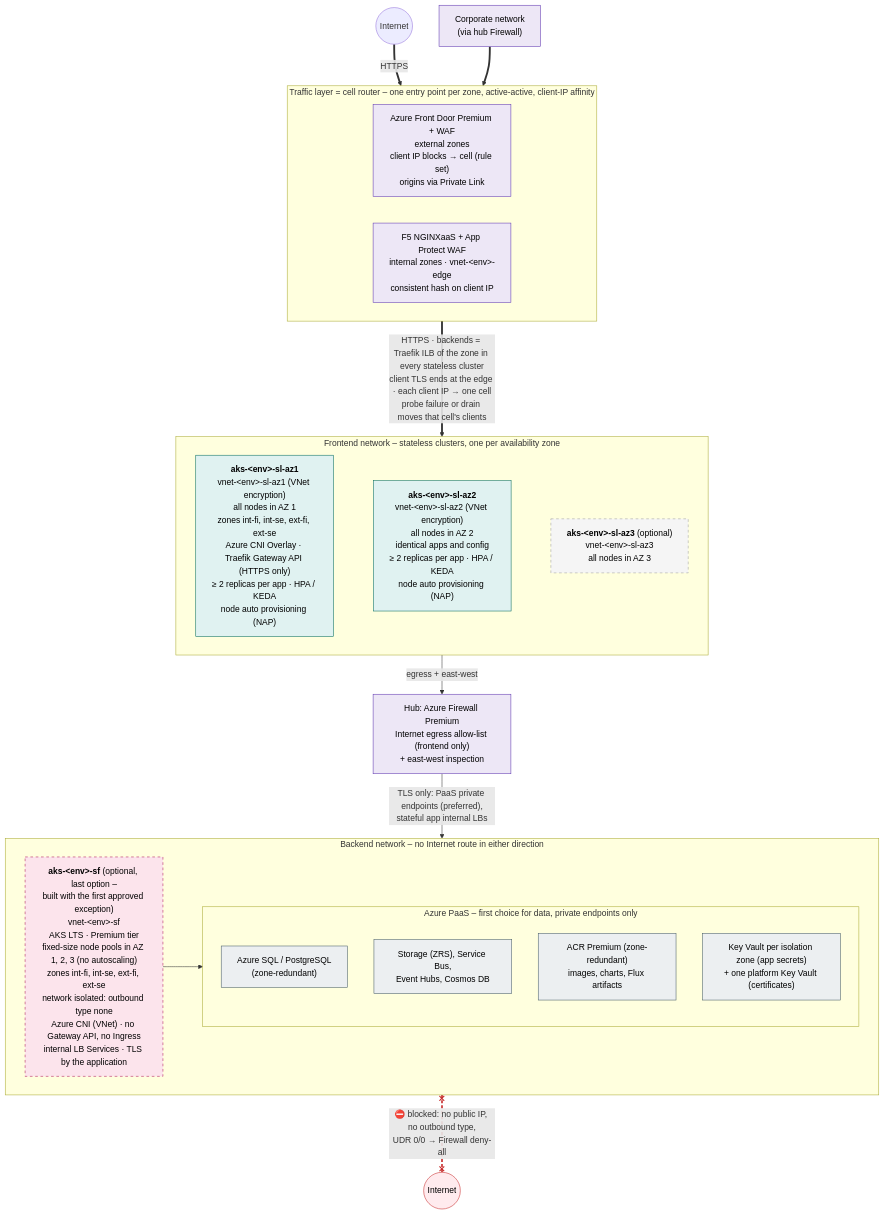
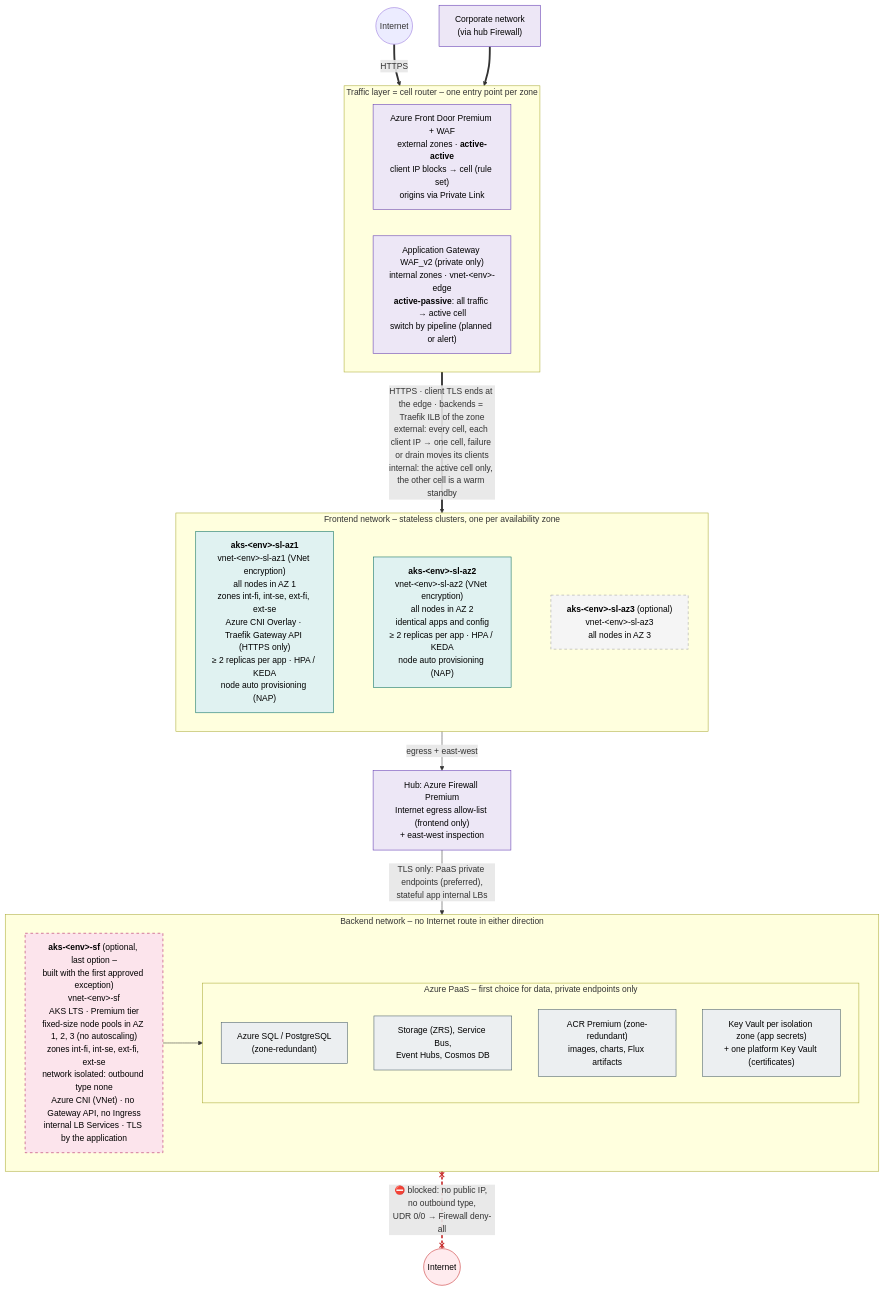
Before and after one commit to olljanat-ai/aks-design: the diagram in diagrams/08-cluster-topology.mmd, drawn with Mermaid. The commit also changed 18 other files, not shown here.

First line of the commit message:
Internal zones active-passive behind Application Gateway, remove NGINXaaS

```diff
--- a/diagrams/08-cluster-topology.mmd
+++ b/diagrams/08-cluster-topology.mmd
@@ -1,58 +1,58 @@
 %% Cluster topology of ONE environment (dev, acc and prd are identical): zonal stateless clusters in the
 %% frontend network, an optional zone-redundant stateful cluster in the backend network next to the Azure PaaS services.
 flowchart TB
     internet(("Internet"))
     corp["Corporate network<br/>(via hub Firewall)"]
 
-    subgraph EDGE["Traffic layer = cell router – one entry point per zone, active-active, client-IP affinity"]
+    subgraph EDGE["Traffic layer = cell router – one entry point per zone"]
         direction LR
-        waf["Azure Front Door Premium + WAF<br/>external zones<br/>client IP blocks → cell (rule set)<br/>origins via Private Link"]
-        agw_in["F5 NGINXaaS + App Protect WAF<br/>internal zones · vnet-&lt;env&gt;-edge<br/>consistent hash on client IP"]
+        waf["Azure Front Door Premium + WAF<br/>external zones · <b>active-active</b><br/>client IP blocks → cell (rule set)<br/>origins via Private Link"]
+        agw_in["Application Gateway WAF_v2 (private only)<br/>internal zones · vnet-&lt;env&gt;-edge<br/><b>active-passive</b>: all traffic → active cell<br/>switch by pipeline (planned or alert)"]
     end
 
     subgraph FRONT["Frontend network – stateless clusters, one per availability zone"]
         direction LR
         sl1["<b>aks-&lt;env&gt;-sl-az1</b><br/>vnet-&lt;env&gt;-sl-az1 (VNet encryption)<br/>all nodes in AZ 1<br/>zones int-fi, int-se, ext-fi, ext-se<br/>Azure CNI Overlay · Traefik Gateway API (HTTPS only)<br/>≥ 2 replicas per app · HPA / KEDA<br/>node auto provisioning (NAP)"]
         sl2["<b>aks-&lt;env&gt;-sl-az2</b><br/>vnet-&lt;env&gt;-sl-az2 (VNet encryption)<br/>all nodes in AZ 2<br/>identical apps and config<br/>≥ 2 replicas per app · HPA / KEDA<br/>node auto provisioning (NAP)"]
         sl3["<b>aks-&lt;env&gt;-sl-az3</b> (optional)<br/>vnet-&lt;env&gt;-sl-az3<br/>all nodes in AZ 3"]
         sl1 ~~~ sl2 ~~~ sl3
     end
 
     fw["Hub: Azure Firewall Premium<br/>Internet egress allow-list (frontend only)<br/>+ east-west inspection"]
 
     subgraph BACK["Backend network – no Internet route in either direction"]
         direction LR
         sf["<b>aks-&lt;env&gt;-sf</b> (optional, last option –<br/>built with the first approved exception)<br/>vnet-&lt;env&gt;-sf<br/>AKS LTS · Premium tier<br/>fixed-size node pools in AZ 1, 2, 3 (no autoscaling)<br/>zones int-fi, int-se, ext-fi, ext-se<br/>network isolated: outbound type none<br/>Azure CNI (VNet) · no Gateway API, no Ingress<br/>internal LB Services · TLS by the application"]
         subgraph PAAS["Azure PaaS – first choice for data, private endpoints only"]
             direction TB
             db["Azure SQL / PostgreSQL<br/>(zone-redundant)"]
             st["Storage (ZRS), Service Bus,<br/>Event Hubs, Cosmos DB"]
             acr["ACR Premium (zone-redundant)<br/>images, charts, Flux artifacts"]
             kv["Key Vault per isolation zone (app secrets)<br/>+ one platform Key Vault (certificates)"]
         end
     end
 
     blocked(("Internet"))
 
     internet ==>|"HTTPS"| waf
     corp ==> agw_in
-    EDGE ==>|"HTTPS · backends = Traefik ILB of the zone in every stateless cluster<br/>client TLS ends at the edge · each client IP → one cell<br/>probe failure or drain moves that cell's clients"| FRONT
+    EDGE ==>|"HTTPS · client TLS ends at the edge · backends = Traefik ILB of the zone<br/>external: every cell, each client IP → one cell, failure or drain moves its clients<br/>internal: the active cell only, the other cell is a warm standby"| FRONT
     FRONT -->|"egress + east-west"| fw
     fw -->|"TLS only: PaaS private endpoints (preferred),<br/>stateful app internal LBs"| BACK
     sf --> PAAS
     BACK x-.-x|"⛔ blocked: no public IP, no outbound type,<br/>UDR 0/0 → Firewall deny-all"| blocked
 
     linkStyle 8 stroke:#c62828,stroke-width:3px,stroke-dasharray:6 4
 
     classDef hub fill:#ede7f6,stroke:#5e35b1,color:#000
     classDef sl fill:#e0f2f1,stroke:#00695c,color:#000
     classDef sf fill:#fce4ec,stroke:#ad1457,color:#000,stroke-dasharray: 5 5
     classDef paas fill:#eceff1,stroke:#455a64,color:#000
     classDef opt fill:#f5f5f5,stroke:#9e9e9e,color:#000,stroke-dasharray: 5 5
     classDef off fill:#ffebee,stroke:#c62828,color:#000
     class fw,waf,agw_in,corp hub
     class sl1,sl2 sl
     class sl3 opt
     class sf sf
     class db,st,acr,kv paas
     class blocked off
```
